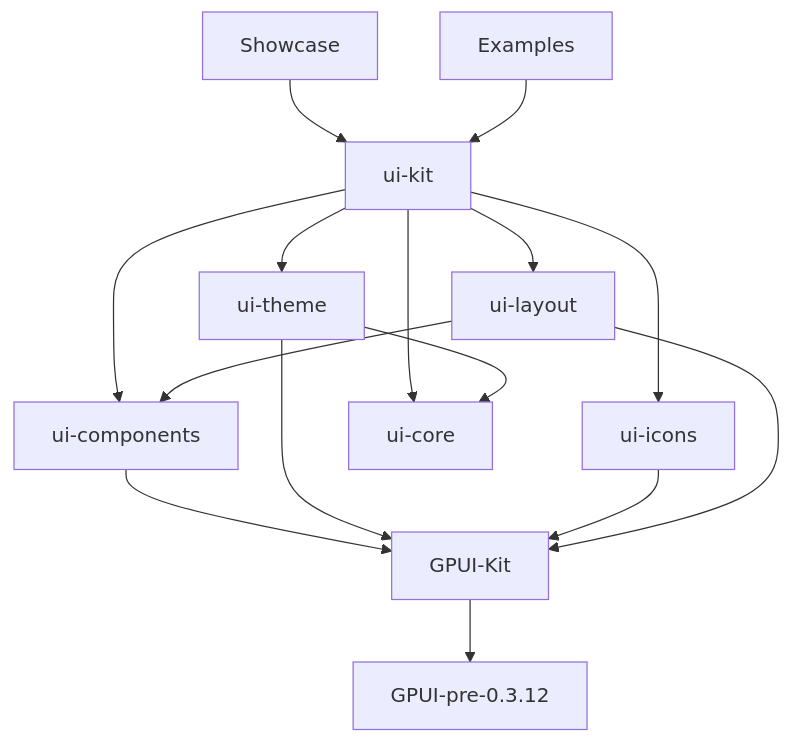
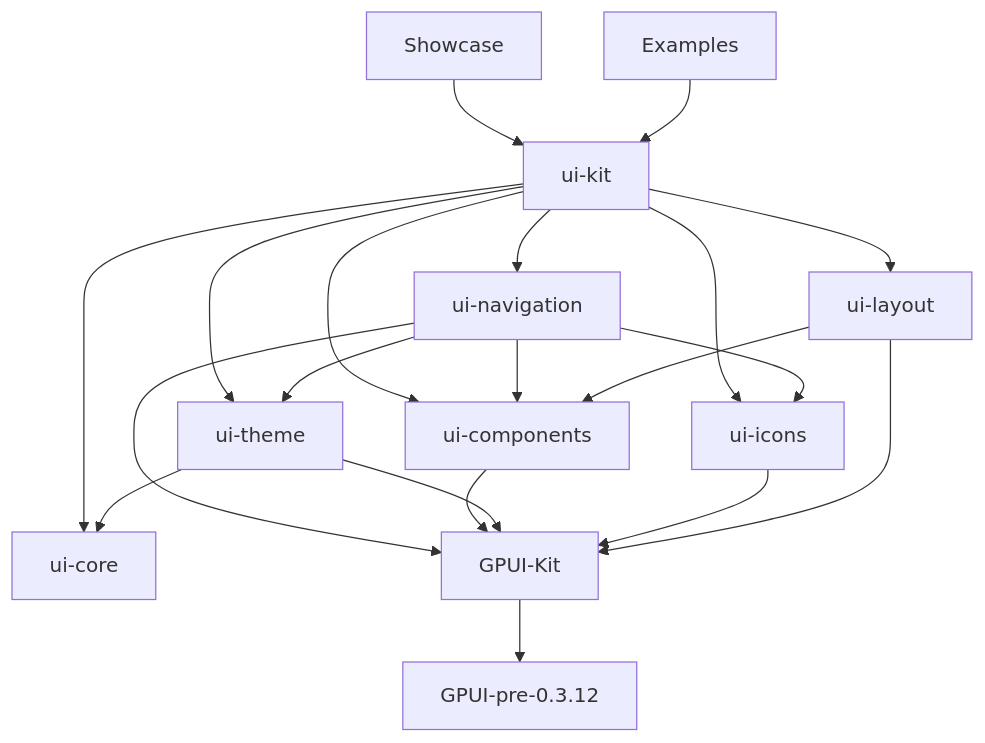
One commit to ojiepermana/rust-ui changed the diagram in docs/architecture/README.md. Above: the diagram before and after it, drawn with Mermaid. The commit also changed other lines of this file and 43 other files, not shown here.

````diff
--- a/docs/architecture/README.md
+++ b/docs/architecture/README.md
@@ -5,17 +5,22 @@
 ```mermaid
 graph TD
   Showcase --> ui-kit
   Examples --> ui-kit
   ui-kit --> ui-components
   ui-kit --> ui-theme
   ui-kit --> ui-icons
   ui-kit --> ui-layout
   ui-kit --> ui-core
+  ui-kit --> ui-navigation
+  ui-navigation --> ui-components
+  ui-navigation --> ui-icons
+  ui-navigation --> ui-theme
+  ui-navigation --> GPUI-Kit
   ui-theme --> ui-core
   ui-layout --> ui-components
   ui-components --> GPUI-Kit
   ui-theme --> GPUI-Kit
   ui-icons --> GPUI-Kit
   ui-layout --> GPUI-Kit
   GPUI-Kit --> GPUI-pre-0.3.12
 ```
````
